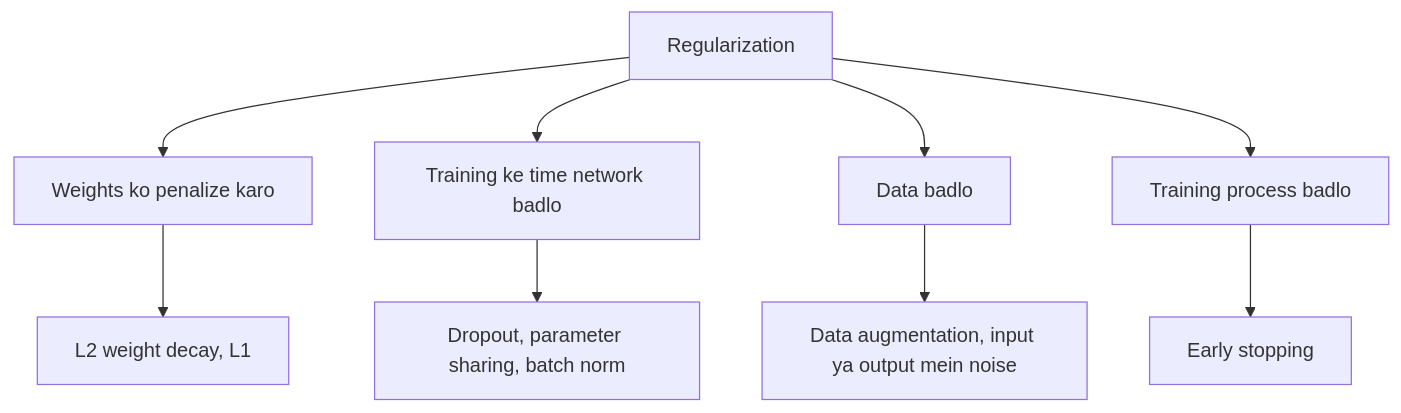
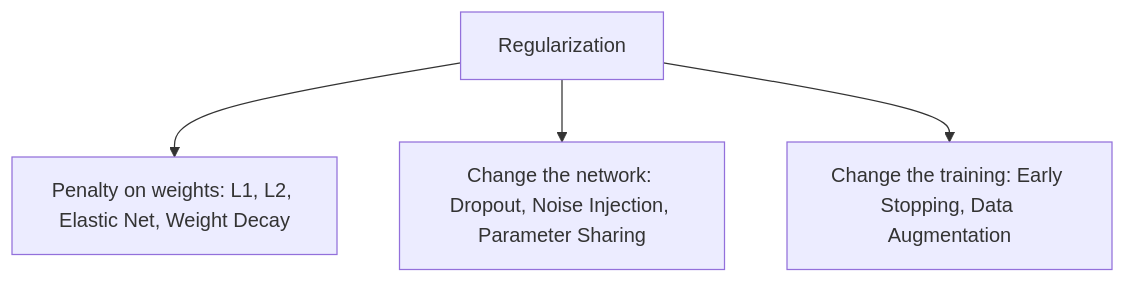
One commit to TrendySloth1001/sem-seven-notes changed the third of 7 diagrams in content/deep-learning/notes/regularization.hi.mdx. Above: the diagram before and after it, drawn with Mermaid. The commit also changed other lines of this file and 254 other files, not shown here.

Commit message:
Rewrite the backpropagation, gradient descent, regularization and autoencoder notes and their 29 answers from the teachers' class files. They use 185 teacher figures with class-notes citations only, and correct the AdaGrad, RMSProp, Nesterov and batch-norm numbers on the slides.

````diff
--- a/content/deep-learning/notes/regularization.hi.mdx
+++ b/content/deep-learning/notes/regularization.hi.mdx
@@ -160,12 +220,7 @@
 ```mermaid
-%% caption: Syllabus ke regularization methods, is hisaab se grouped ki woh kya change karte hain.
+%% caption: Teacher ki overview sheet se regularization methods ka family. Penalty methods loss badalte hain; dropout aur noise network badalte hain; early stopping aur data augmentation training badalte hain.
 flowchart TD
-  R["Regularization"] --> P["Weights ko penalize karo"]
-  R --> N["Training ke time network badlo"]
-  R --> D["Data badlo"]
-  R --> T["Training process badlo"]
-  P --> P1["L2 weight decay, L1"]
-  N --> N1["Dropout, parameter sharing, batch norm"]
-  D --> D1["Data augmentation, input ya output mein noise"]
-  T --> T1["Early stopping"]
+  R["Regularization"] --> P["Penalty on weights: L1, L2, Elastic Net, Weight Decay"]
+  R --> N["Change the network: Dropout, Noise Injection, Parameter Sharing"]
+  R --> T["Change the training: Early Stopping, Data Augmentation"]
 ```
````
